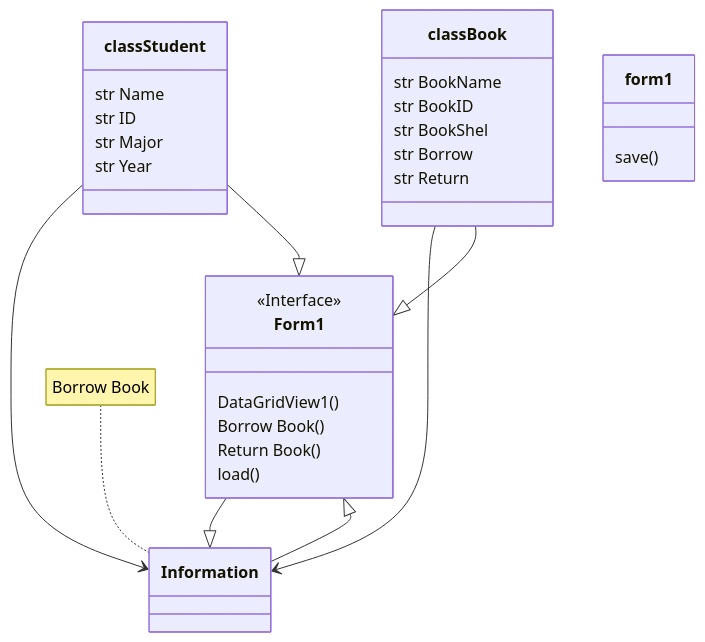
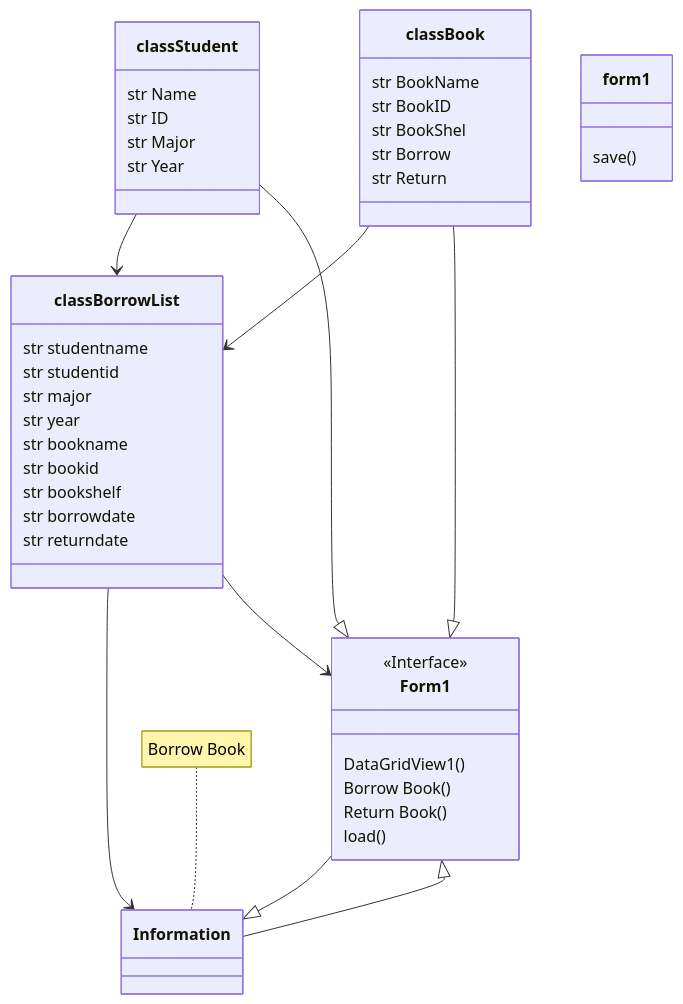
Before and after one commit to bbxxaxxm/Finalnatnicha: the diagram in README.md, drawn with Mermaid.

````diff
--- a/README.md
+++ b/README.md
@@ -9,25 +9,36 @@
 ```mermaid
 classDiagram
 Form1 --|> Information
 <<Interface>> Form1
 Information --|> Form1
 note for Information "Borrow Book"
-classStudent --> Information
+classStudent --> classBorrowList
 classStudent : str Name
 classStudent : str ID
 classStudent : str Major
 classStudent : str Year
 classStudent --|> Form1
-classBook --> Information
+classBook --> classBorrowList
 classBook : str BookName
 classBook : str BookID
 classBook : str BookShel
 classBook : str Borrow
 classBook : str Return
 classBook --|> Form1
+classBorrowList --> Information
+classBorrowList : str studentname
+classBorrowList : str studentid
+classBorrowList : str major
+classBorrowList : str year
+classBorrowList : str bookname
+classBorrowList : str bookid
+classBorrowList : str bookshelf
+classBorrowList : str borrowdate
+classBorrowList : str returndate
+classBorrowList --> Form1
 Form1 : DataGridView1()
 Form1 : Borrow Book()
 Form1 : Return Book()
 form1 : save()
 Form1 : load()
 ```
````
